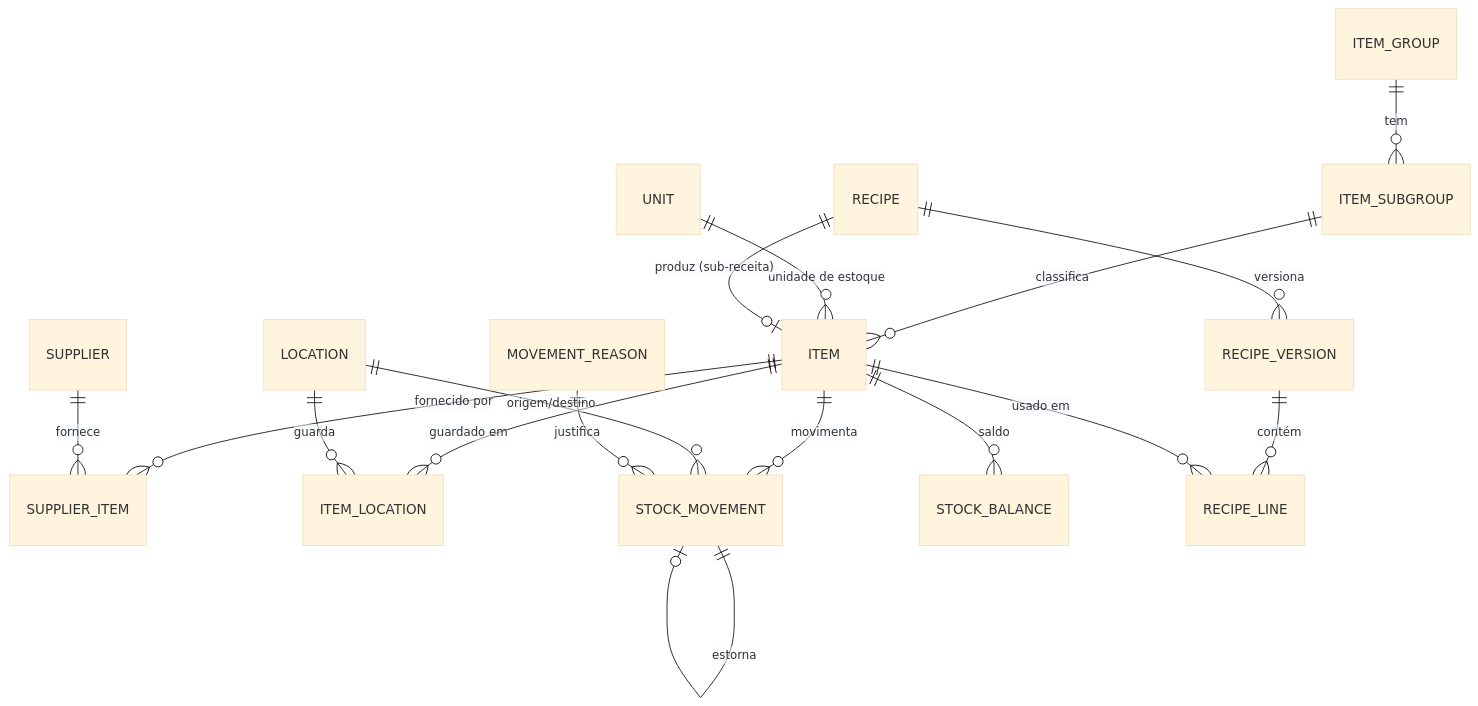
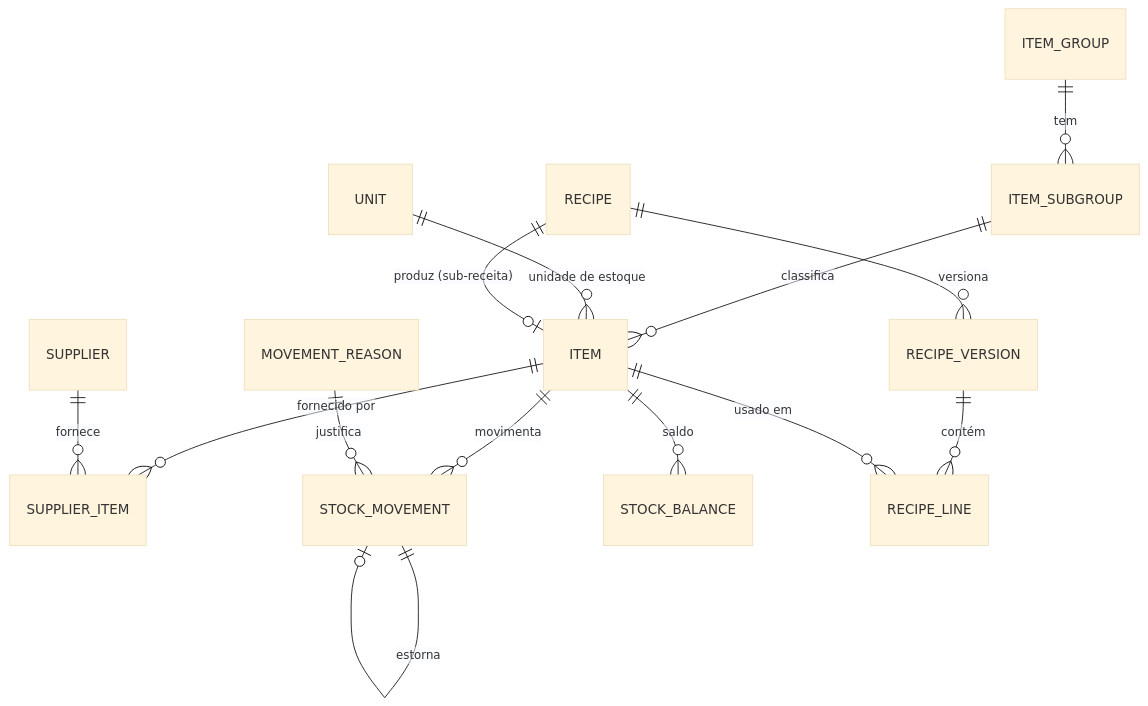
The diagram in docs/sistema/estoque/01-modelo-de-dados.md (AdemirSchramm1/Sistema_Restaurante), drawn with Mermaid (base theme) before and after one commit. The commit also changed other lines of this file and 38 other files, not shown here.

````diff
--- a/docs/sistema/estoque/01-modelo-de-dados.md
+++ b/docs/sistema/estoque/01-modelo-de-dados.md
@@ -14,19 +14,16 @@
 ```mermaid
 erDiagram
   ITEM_GROUP ||--o{ ITEM_SUBGROUP : tem
   ITEM_SUBGROUP ||--o{ ITEM : classifica
   UNIT ||--o{ ITEM : "unidade de estoque"
   ITEM ||--o{ SUPPLIER_ITEM : "fornecido por"
   SUPPLIER ||--o{ SUPPLIER_ITEM : fornece
-  ITEM ||--o{ ITEM_LOCATION : "guardado em"
-  LOCATION ||--o{ ITEM_LOCATION : guarda
   ITEM ||--o{ STOCK_MOVEMENT : movimenta
-  LOCATION ||--o{ STOCK_MOVEMENT : "origem/destino"
   MOVEMENT_REASON ||--o{ STOCK_MOVEMENT : justifica
   STOCK_MOVEMENT ||--o| STOCK_MOVEMENT : estorna
   ITEM ||--o{ STOCK_BALANCE : saldo
   RECIPE ||--o{ RECIPE_VERSION : versiona
   RECIPE_VERSION ||--o{ RECIPE_LINE : contém
   ITEM ||--o{ RECIPE_LINE : "usado em"
   RECIPE ||--o| ITEM : "produz (sub-receita)"
 ```
````
